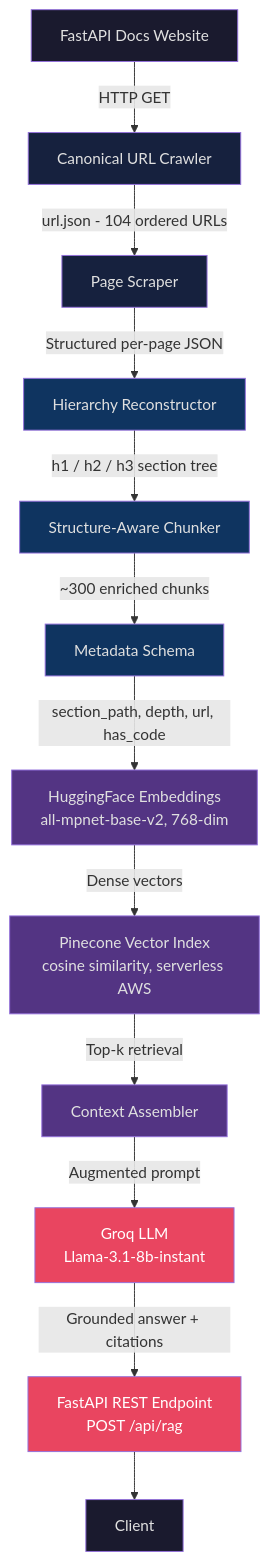
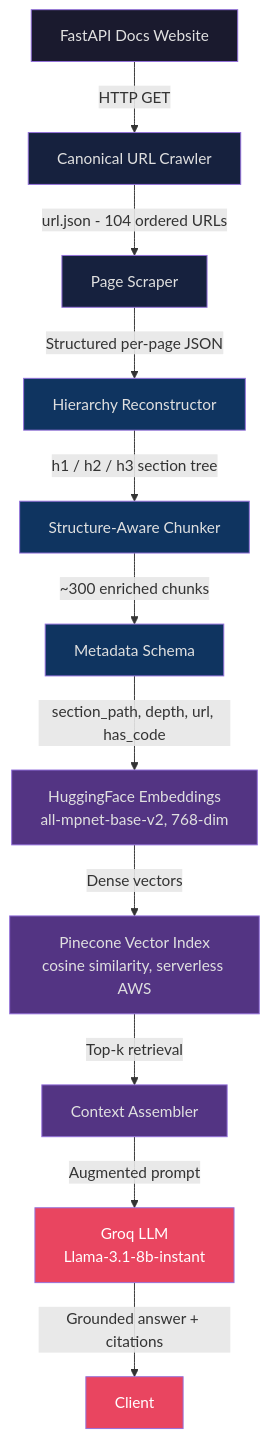
The diagram in README.md (questinrest/doc-struct-rag), drawn with Mermaid before and after one commit. The commit also changed other lines of this file, not shown here.

First line of the commit message:
Revise API server instructions and client reference

````diff
--- a/README.md
+++ b/README.md
@@ -28,27 +28,25 @@
 ```mermaid
 flowchart TD
     A[FastAPI Docs Website] -->|HTTP GET| B[Canonical URL Crawler]
     B -->|url.json - 104 ordered URLs| C[Page Scraper]
     C -->|Structured per-page JSON| D[Hierarchy Reconstructor]
     D -->|h1 / h2 / h3 section tree| E[Structure-Aware Chunker]
     E -->|~300 enriched chunks| F[Metadata Schema]
     F -->|section_path, depth, url, has_code| G[HuggingFace Embeddings\nall-mpnet-base-v2, 768-dim]
     G -->|Dense vectors| H[Pinecone Vector Index\ncosine similarity, serverless AWS]
     H -->|Top-k retrieval| I[Context Assembler]
     I -->|Augmented prompt| J[Groq LLM\nLlama-3.1-8b-instant]
-    J -->|Grounded answer + citations| K[FastAPI REST Endpoint\nPOST /api/rag]
-    K --> L[Client]
+    J -->|Grounded answer + citations| K[Client]
 
     style A fill:#1a1a2e,color:#e0e0e0
     style B fill:#16213e,color:#e0e0e0
     style C fill:#16213e,color:#e0e0e0
     style D fill:#0f3460,color:#e0e0e0
     style E fill:#0f3460,color:#e0e0e0
     style F fill:#0f3460,color:#e0e0e0
     style G fill:#533483,color:#e0e0e0
     style H fill:#533483,color:#e0e0e0
     style I fill:#533483,color:#e0e0e0
     style J fill:#e94560,color:#ffffff
     style K fill:#e94560,color:#ffffff
-    style L fill:#1a1a2e,color:#e0e0e0
 ```
````
